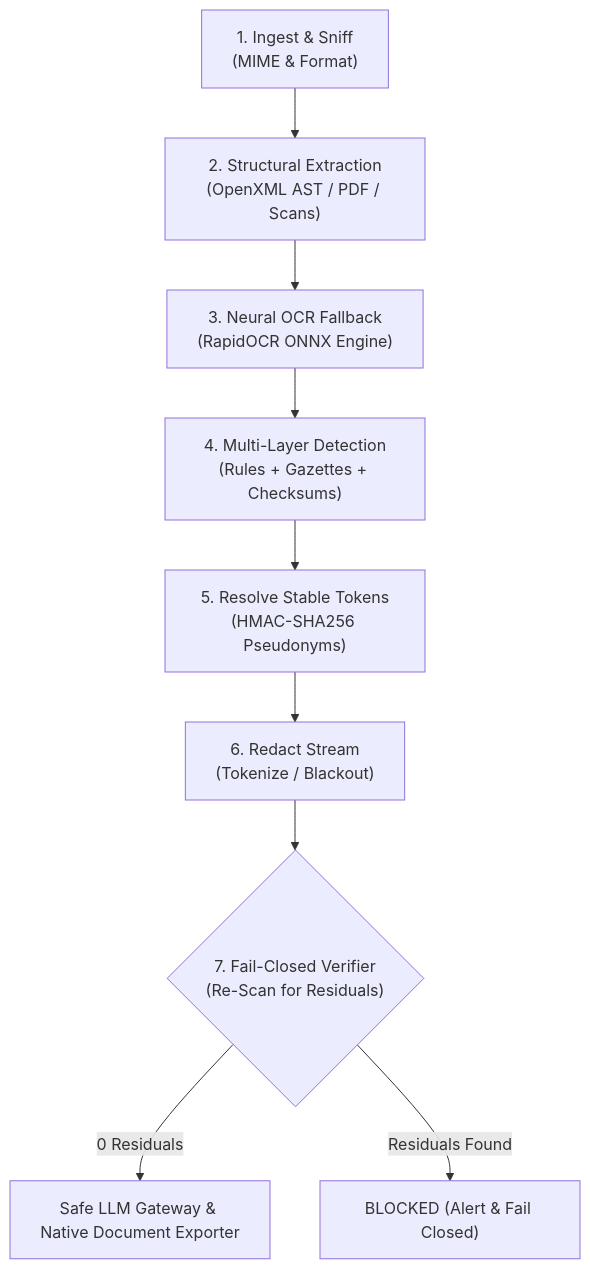
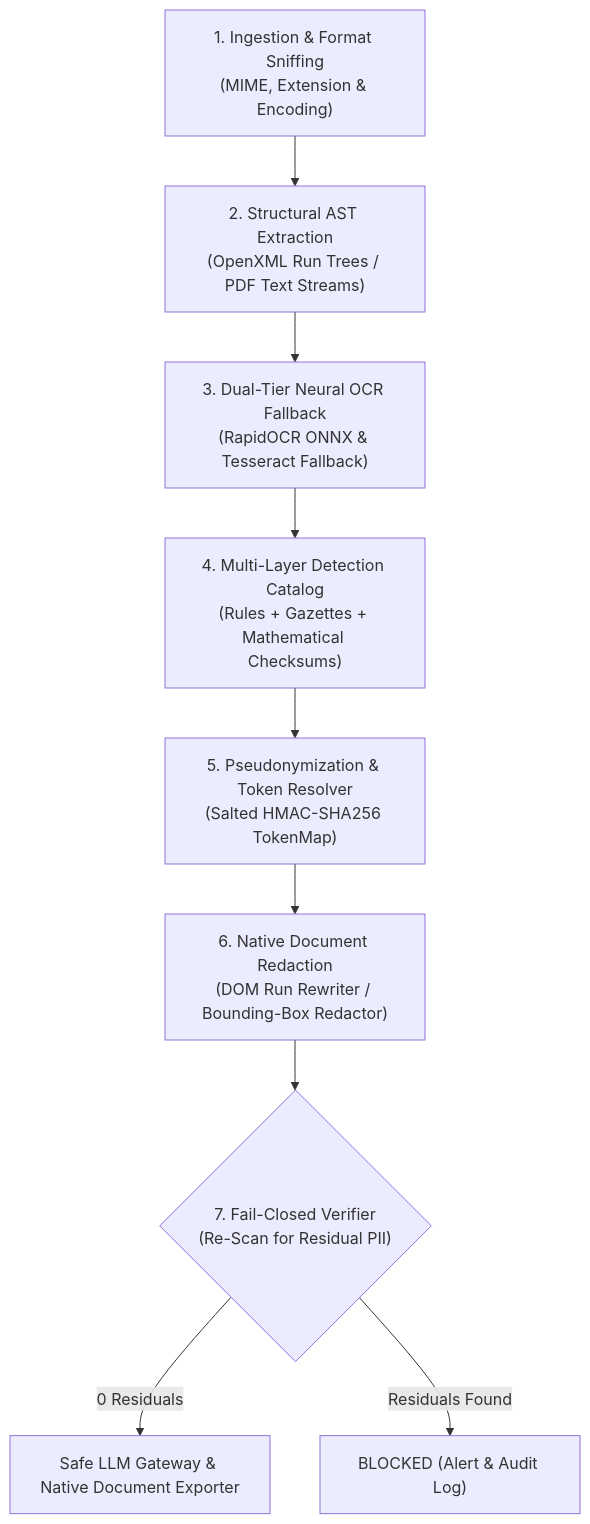
The diagram in README.md (Prashant8991/piidetect), drawn with Mermaid before and after one commit. The commit also changed other lines of this file, not shown here.

Commit message:
docs: update comprehensive architecture and api documentation

````diff
--- a/README.md
+++ b/README.md
@@ -76,11 +31,11 @@
 ```mermaid
 graph TD
-    A["1. Ingest & Sniff<br>(MIME & Format)"] --> B["2. Structural Extraction<br>(OpenXML AST / PDF / Scans)"]
-    B --> C["3. Neural OCR Fallback<br>(RapidOCR ONNX Engine)"]
-    C --> D["4. Multi-Layer Detection<br>(Rules + Gazettes + Checksums)"]
-    D --> E["5. Resolve Stable Tokens<br>(HMAC-SHA256 Pseudonyms)"]
-    E --> F["6. Redact Stream<br>(Tokenize / Blackout)"]
-    F --> G{"7. Fail-Closed Verifier<br>(Re-Scan for Residuals)"}
+    A["1. Ingestion & Format Sniffing<br>(MIME, Extension & Encoding)"] --> B["2. Structural AST Extraction<br>(OpenXML Run Trees / PDF Text Streams)"]
+    B --> C["3. Dual-Tier Neural OCR Fallback<br>(RapidOCR ONNX & Tesseract Fallback)"]
+    C --> D["4. Multi-Layer Detection Catalog<br>(Rules + Gazettes + Mathematical Checksums)"]
+    D --> E["5. Pseudonymization & Token Resolver<br>(Salted HMAC-SHA256 TokenMap)"]
+    E --> F["6. Native Document Redaction<br>(DOM Run Rewriter / Bounding-Box Redactor)"]
+    F --> G{"7. Fail-Closed Verifier<br>(Re-Scan for Residual PII)"}
     G -- "0 Residuals" --> H["Safe LLM Gateway & Native Document Exporter"]
-    G -- "Residuals Found" --> I["BLOCKED (Alert & Fail Closed)"]
+    G -- "Residuals Found" --> I["BLOCKED (Alert & Audit Log)"]
 ```
````
